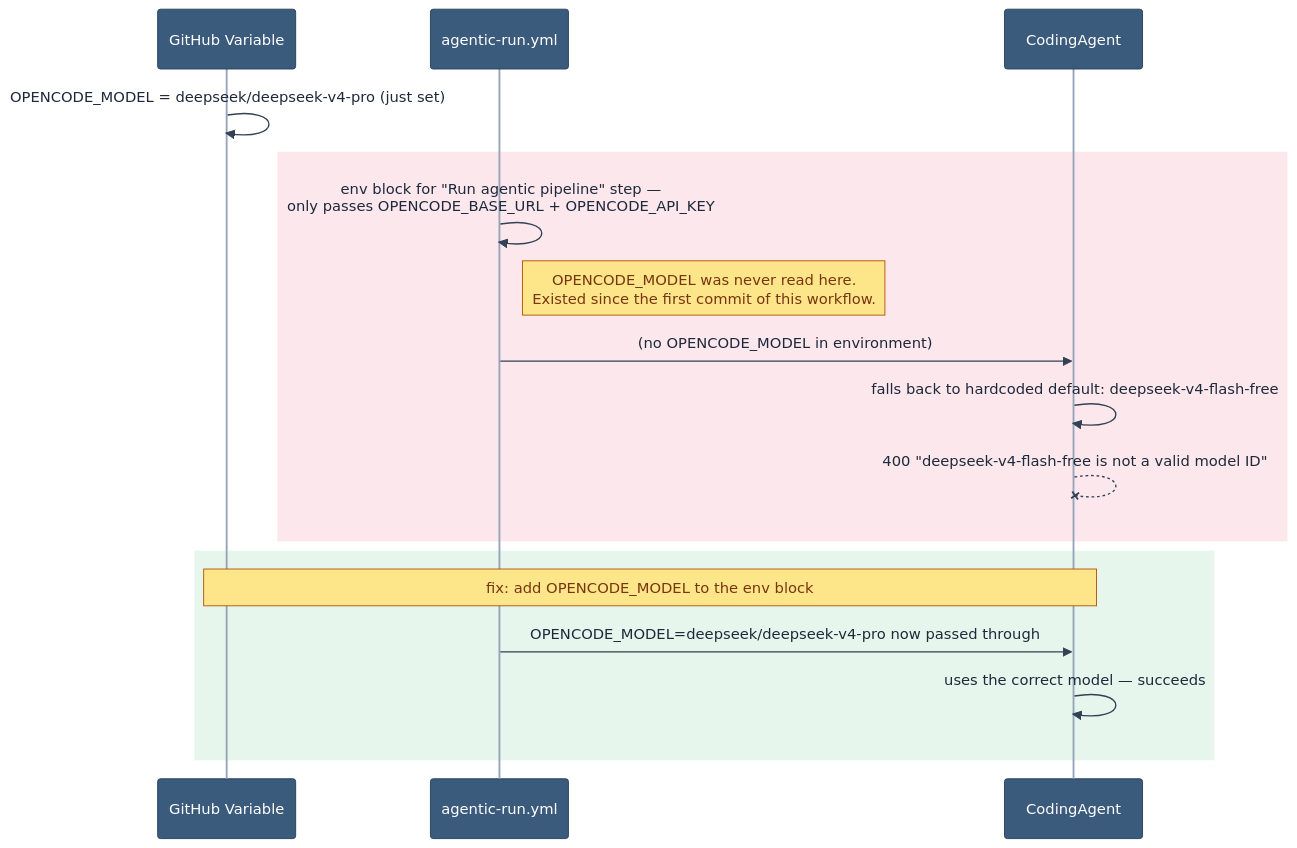
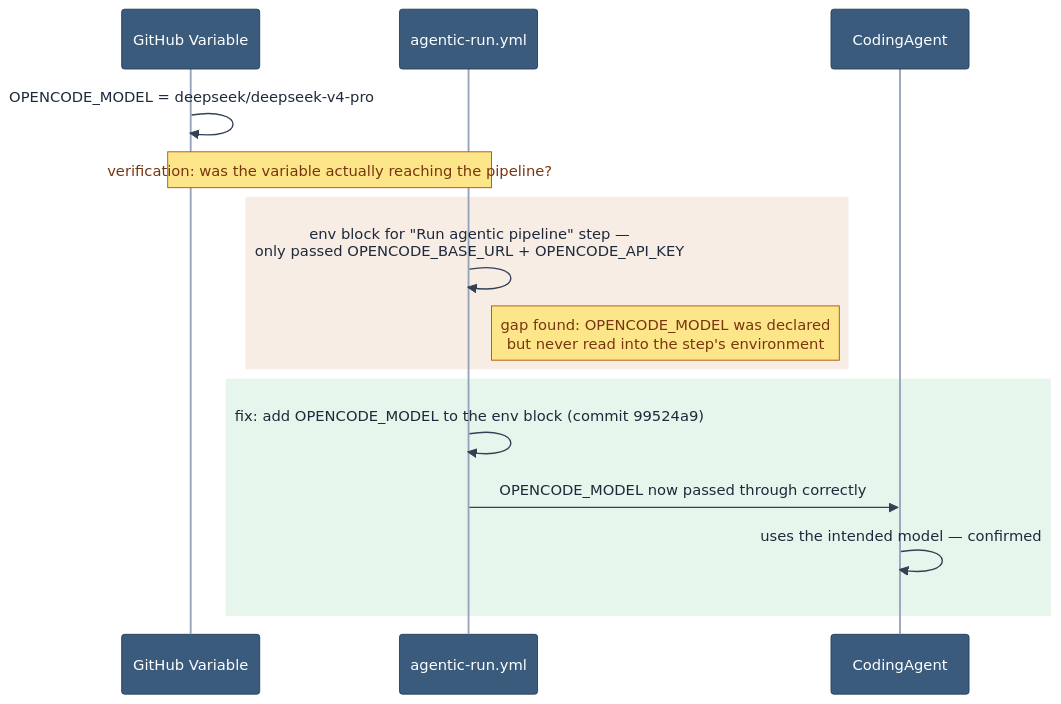
Before and after one commit to lorenzogirardi/agentic-sdlc: the third of 5 diagrams in docs/demo/tricorn-run-provider-switch.md, drawn with Mermaid. The commit also changed other lines of this file, not shown here.

Commit message:
docs: reframe Tricorn run doc as capability demo, not incident report

````diff
--- a/docs/demo/tricorn-run-provider-switch.md
+++ b/docs/demo/tricorn-run-provider-switch.md
@@ -137,21 +120,19 @@
 ```mermaid
-%%{init: {'theme':'base', 'themeVariables': {'primaryColor':'#ff6b35','primaryBorderColor':'#c9451f','primaryTextColor':'#ffffff','actorBkg':'#3b5b7d','actorBorder':'#24405c','actorTextColor':'#ffffff','actorLineColor':'#94a3b8','signalColor':'#334155','signalTextColor':'#1e293b','labelBoxBkgColor':'#b45309','labelBoxBorderColor':'#7c3a06','labelTextColor':'#ffffff','loopTextColor':'#334155','noteBkgColor':'#fde68a','noteBorderColor':'#b45309','noteTextColor':'#78350f','activationBorderColor':'#c9451f','activationBkgColor':'#ffd9c2','sequenceNumberColor':'#ffffff'}}}%%
+%%{init: {'theme':'base', 'themeVariables': {'primaryColor':'#ff6b35','primaryBorderColor':'#c9451f','primaryTextColor':'#ffffff','actorBkg':'#3b5b7d','actorBorder':'#24405c','actorTextColor':'#ffffff','actorLineColor':'#94a3b8','signalColor':'#334155','signalTextColor':'#1e293b','labelBoxBkgColor':'#16a34a','labelBoxBorderColor':'#0f7a37','labelTextColor':'#ffffff','loopTextColor':'#334155','noteBkgColor':'#fde68a','noteBorderColor':'#b45309','noteTextColor':'#78350f','activationBorderColor':'#0f7a37','activationBkgColor':'#c8f0d8','sequenceNumberColor':'#ffffff'}}}%%
 sequenceDiagram
     participant GH as GitHub Variable
     participant WF as agentic-run.yml
     participant CA as CodingAgent
 
-    GH->>GH: OPENCODE_MODEL = deepseek/deepseek-v4-pro (just set)
-    rect rgba(225,29,72,0.10)
-    WF->>WF: env block for "Run agentic pipeline" step —<br/>only passes OPENCODE_BASE_URL + OPENCODE_API_KEY
-    Note right of WF: OPENCODE_MODEL was never read here.<br/>Existed since the first commit of this workflow.
-    WF->>CA: (no OPENCODE_MODEL in environment)
-    CA->>CA: falls back to hardcoded default: deepseek-v4-flash-free
-    CA--xCA: 400 "deepseek-v4-flash-free is not a valid model ID"
+    GH->>GH: OPENCODE_MODEL = deepseek/deepseek-v4-pro
+    Note over GH,WF: verification: was the variable actually reaching the pipeline?
+    rect rgba(180,83,9,0.10)
+    WF->>WF: env block for "Run agentic pipeline" step —<br/>only passed OPENCODE_BASE_URL + OPENCODE_API_KEY
+    Note right of WF: gap found: OPENCODE_MODEL was declared<br/>but never read into the step's environment
     end
     rect rgba(22,163,74,0.10)
-    Note over GH,CA: fix: add OPENCODE_MODEL to the env block
-    WF->>CA: OPENCODE_MODEL=deepseek/deepseek-v4-pro now passed through
-    CA->>CA: uses the correct model — succeeds
+    WF->>WF: fix: add OPENCODE_MODEL to the env block (commit 99524a9)
+    WF->>CA: OPENCODE_MODEL now passed through correctly
+    CA->>CA: uses the intended model — confirmed
     end
 ```
````
